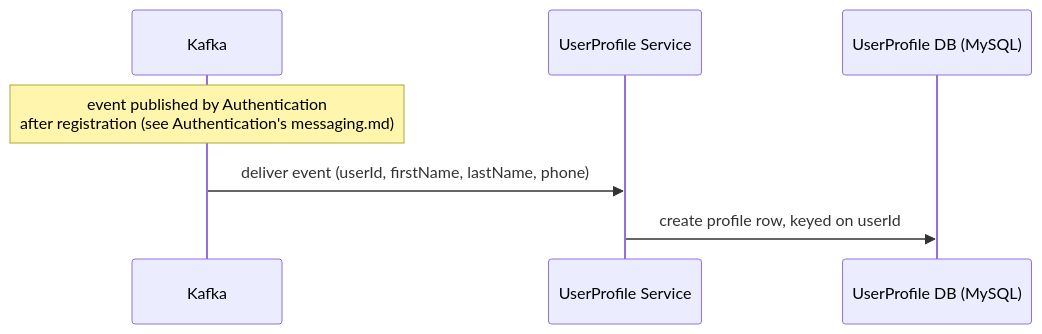
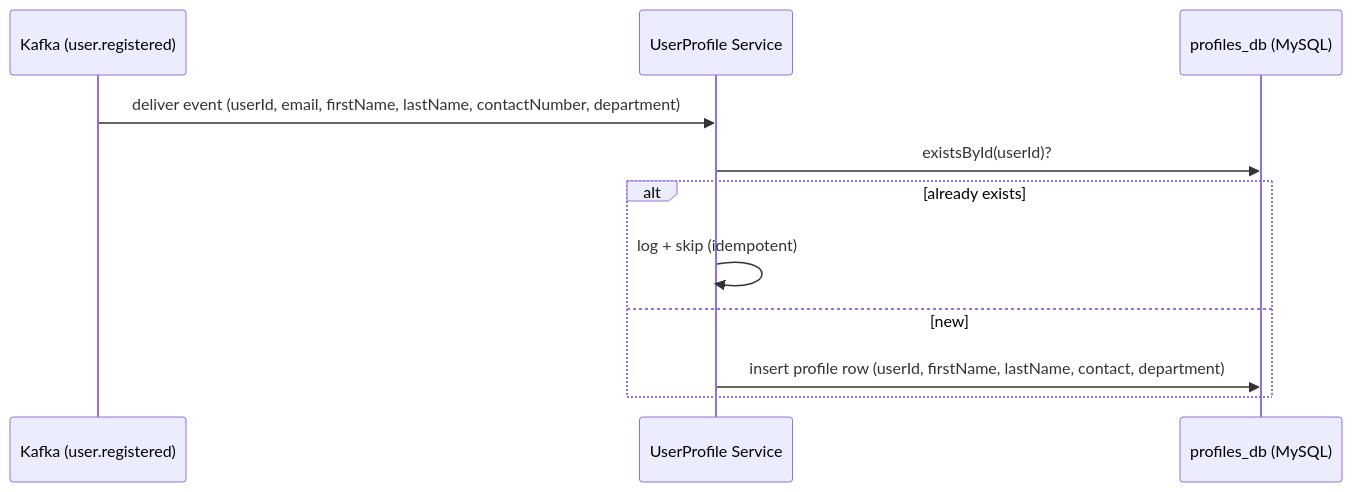
One commit to mathaisjustin/cardiac-diagonistics changed the first of 3 diagrams in docs/01-services/user-profile-service/flows.md. Above: the diagram before and after it, drawn with Mermaid. The commit also changed other lines of this file and 29 other files, not shown here.

````diff
--- a/docs/01-services/user-profile-service/flows.md
+++ b/docs/01-services/user-profile-service/flows.md
@@ -5,10 +5,14 @@
 ```mermaid
 sequenceDiagram
-    participant K as Kafka
+    participant K as Kafka (user.registered)
     participant UP as UserProfile Service
-    participant DB as UserProfile DB (MySQL)
+    participant DB as profiles_db (MySQL)
 
-    Note over K: event published by Authentication<br/>after registration (see Authentication's messaging.md)
-    K->>UP: deliver event (userId, firstName, lastName, phone)
-    UP->>DB: create profile row, keyed on userId
+    K->>UP: deliver event (userId, email, firstName, lastName, contactNumber, department)
+    UP->>DB: existsById(userId)?
+    alt already exists
+        UP->>UP: log + skip (idempotent)
+    else new
+        UP->>DB: insert profile row (userId, firstName, lastName, contact, department)
+    end
 ```
````
